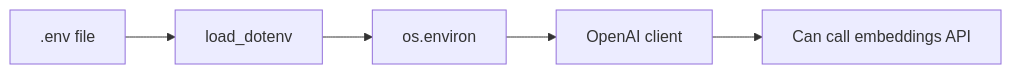
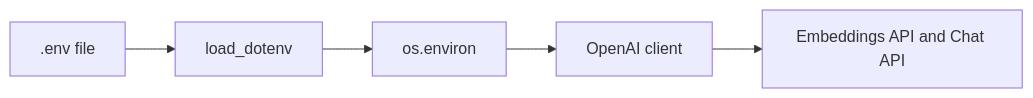
One commit to moslemajra85/knowlege_base_rag changed the second of 14 diagrams in README.md. Above: the diagram before and after it, drawn with Mermaid. The commit also changed other lines of this file, not shown here.

````diff
--- a/README.md
+++ b/README.md
@@ -83,7 +85,7 @@
 ```mermaid
 flowchart LR
     A[.env file] --> B[load_dotenv]
     B --> C[os.environ]
     C --> D[OpenAI client]
-    D --> E[Can call embeddings API]
+    D --> E[Embeddings API and Chat API]
 ```
````
